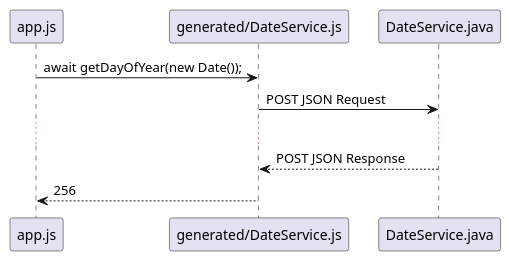
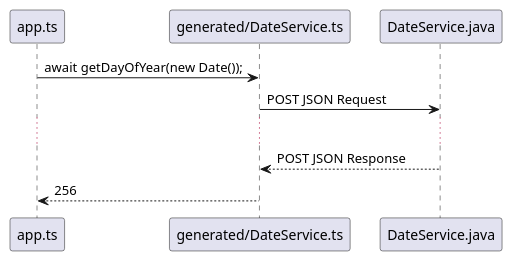
One commit to vaadin/vaadin-connect changed the diagram in doc/simplified-rpc-sequence.puml. Above: the diagram before and after it, drawn with PlantUML. The commit also changed 15 other files, not shown here.

```diff
--- a/doc/simplified-rpc-sequence.puml
+++ b/doc/simplified-rpc-sequence.puml
@@ -1,13 +1,13 @@
 @startuml
 skinparam ParticipantPadding 10
 
-participant "app.js" as Frontend
-participant "generated/DateService.js" as jsService
+participant "app.ts" as Frontend
+participant "generated/DateService.ts" as tsService
 participant "DateService.java" as javaService
 
-Frontend -> jsService: await getDayOfYear(new Date());
-jsService -> javaService: POST JSON Request
+Frontend -> tsService: await getDayOfYear(new Date());
+tsService -> javaService: POST JSON Request
 ...
-jsService <-- javaService: POST JSON Response
-Frontend <-- jsService: 256
+tsService <-- javaService: POST JSON Response
+Frontend <-- tsService: 256
 @enduml
```
